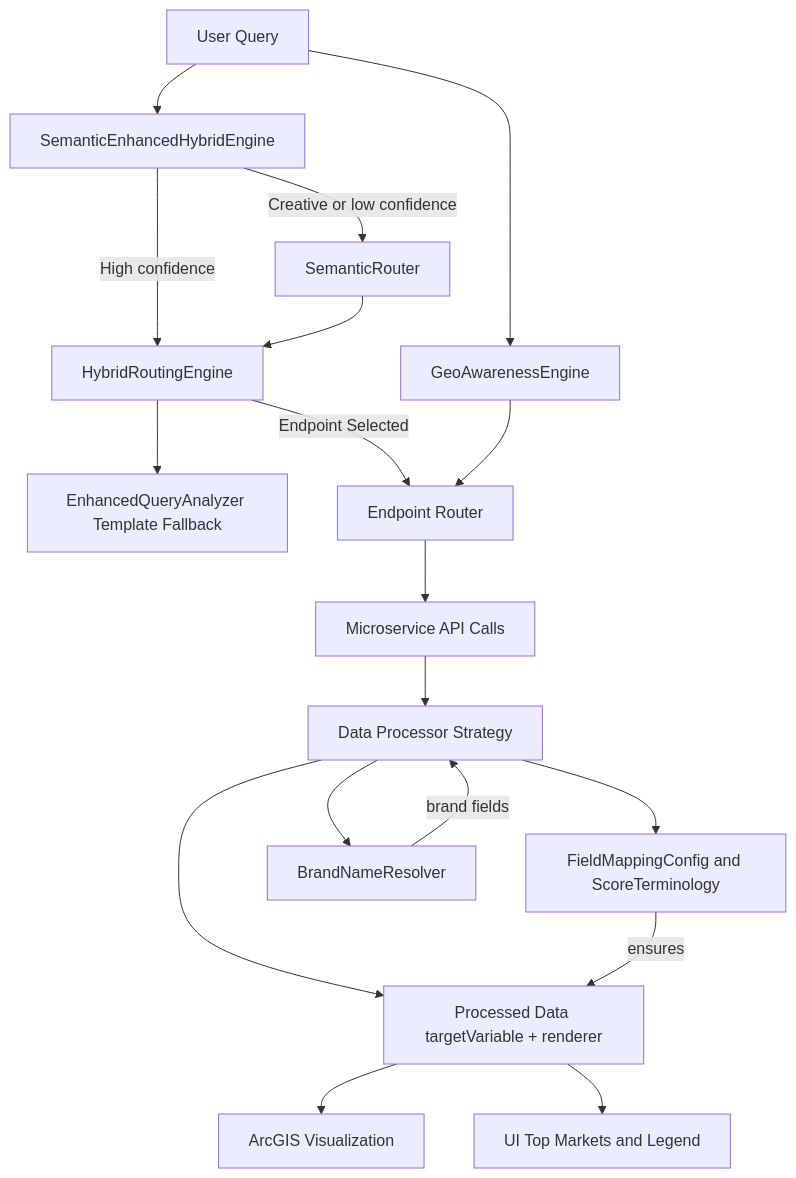
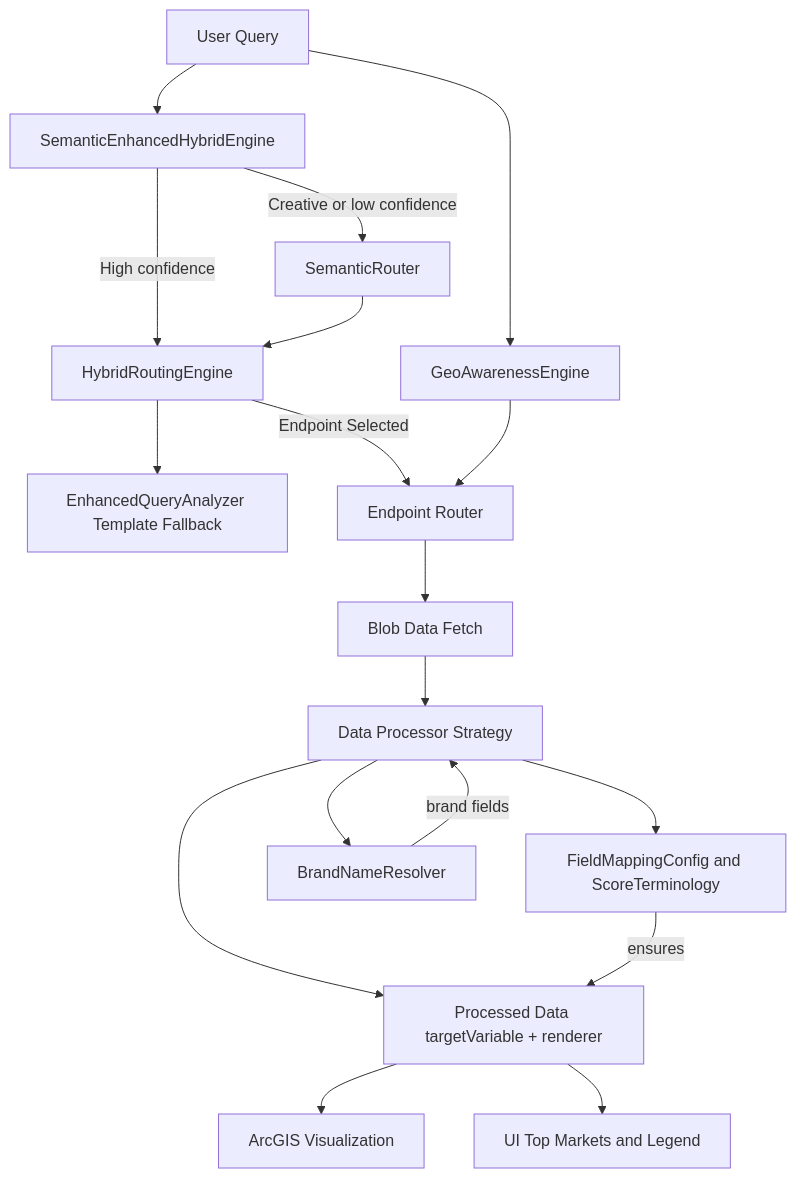
Before and after one commit to eastgrand/doc: the diagram in docs/QUERY_TO_VISUALIZATION_FLOW.md, drawn with Mermaid. The commit also changed other lines of this file and 10 other files, not shown here.

````diff
--- a/docs/QUERY_TO_VISUALIZATION_FLOW.md
+++ b/docs/QUERY_TO_VISUALIZATION_FLOW.md
@@ -1112,20 +1112,20 @@
 ```mermaid
 flowchart TD
   A[User Query] --> B[SemanticEnhancedHybridEngine]
   B -->|High confidence| C[HybridRoutingEngine]
   B -->|Creative or low confidence| D[SemanticRouter]
   D --> C
   C --> E[EnhancedQueryAnalyzer Template Fallback]
   C -->|Endpoint Selected| F[Endpoint Router]
   A --> G[GeoAwarenessEngine]
   G --> F
-  F --> H[Microservice API Calls]
+  F --> H[Blob Data Fetch]
   H --> I[Data Processor Strategy]
   I --> J[Processed Data targetVariable + renderer]
   J --> K[ArcGIS Visualization]
   I --> L[FieldMappingConfig and ScoreTerminology]
   L -- ensures --> J
   I --> M[BrandNameResolver]
   M -- brand fields --> I
   J --> N[UI Top Markets and Legend]
 ```
````
